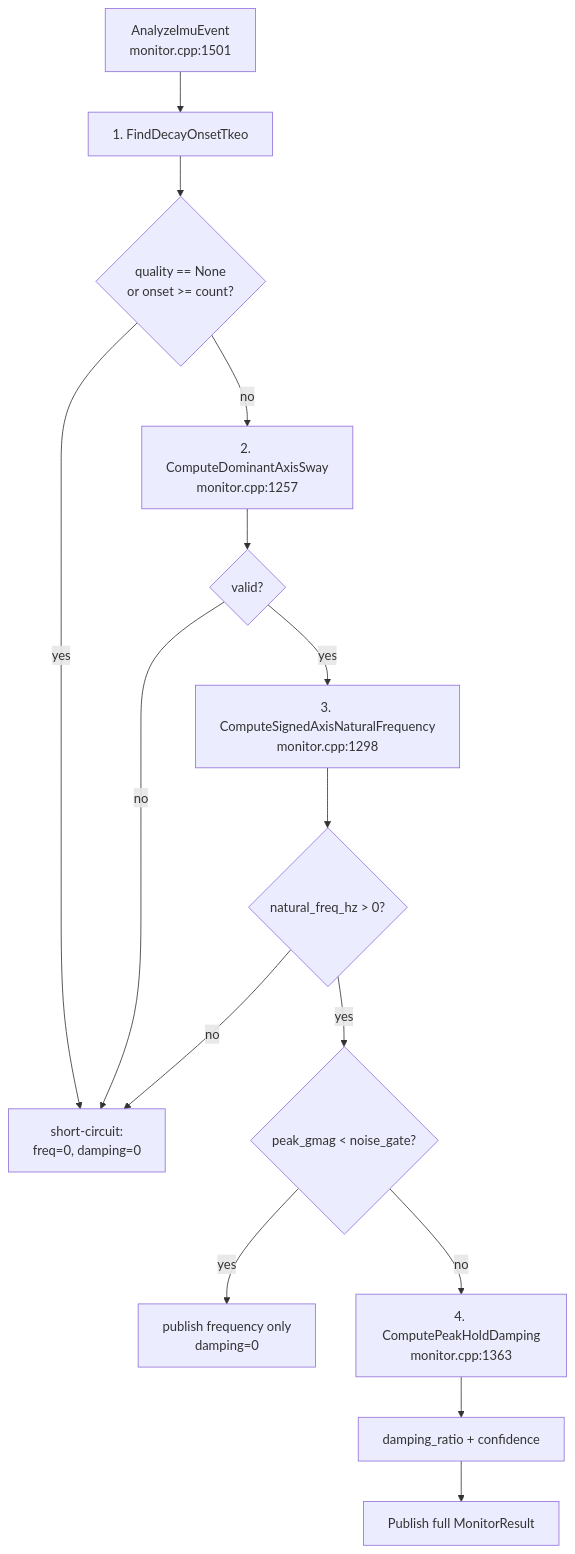
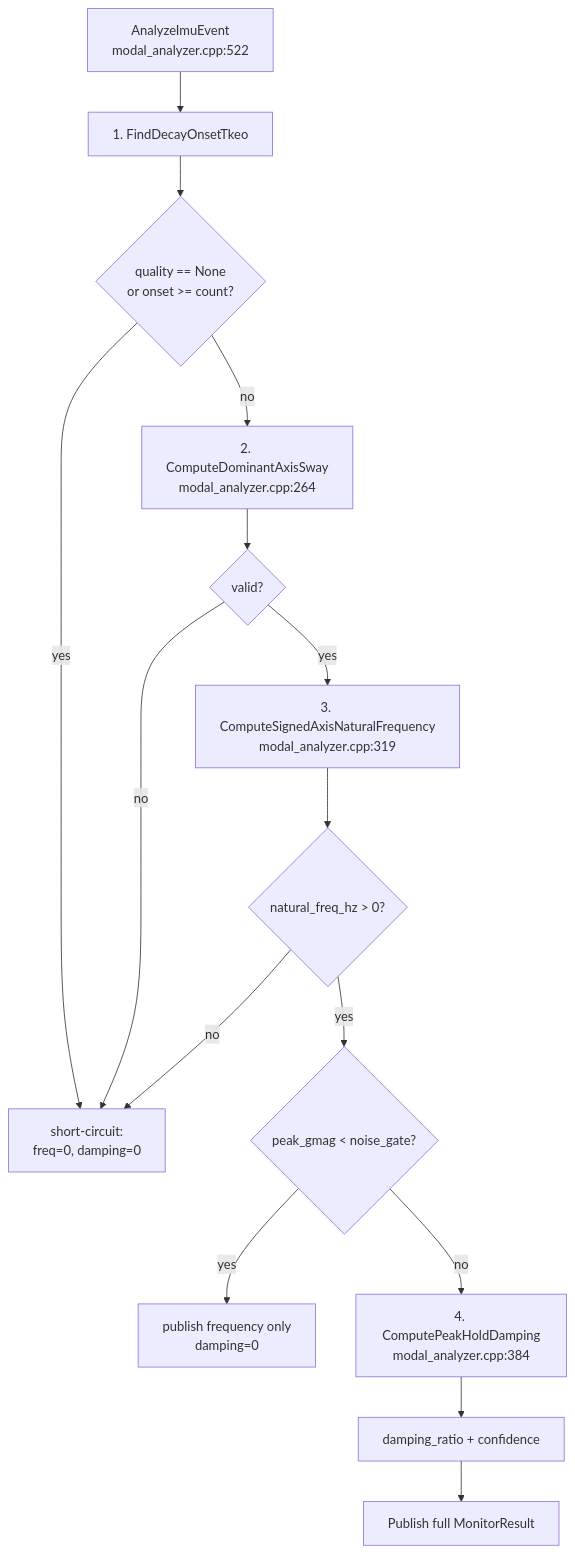
One commit to AvlKP/ranting-jatuh-node changed the fifth of 5 diagrams in ARCHITECTURE.md. Above: the diagram before and after it, drawn with Mermaid. The commit also changed other lines of this file and 1 other file, not shown here.

Commit message:
docs: re-sync line numbers and file refs after monitor structural split

````diff
--- a/ARCHITECTURE.md
+++ b/ARCHITECTURE.md
@@ -215,17 +221,17 @@
 ```mermaid
 flowchart TD
-    A[AnalyzeImuEvent<br/>monitor.cpp:1501] --> B[1. FindDecayOnsetTkeo]
+    A[AnalyzeImuEvent<br/>modal_analyzer.cpp:522] --> B[1. FindDecayOnsetTkeo]
     B --> C{"quality == None<br/>or onset >= count?"}
     C -->|yes| ZERO[short-circuit:<br/>freq=0, damping=0]
-    C -->|no| D[2. ComputeDominantAxisSway<br/>monitor.cpp:1257]
+    C -->|no| D[2. ComputeDominantAxisSway<br/>modal_analyzer.cpp:264]
     D --> E{"valid?"}
     E -->|no| ZERO
-    E -->|yes| F[3. ComputeSignedAxisNaturalFrequency<br/>monitor.cpp:1298]
+    E -->|yes| F[3. ComputeSignedAxisNaturalFrequency<br/>modal_analyzer.cpp:319]
     F --> G{"natural_freq_hz > 0?"}
     G -->|no| ZERO
     G -->|yes| H{"peak_gmag < noise_gate?"}
     H -->|yes| FREQ_ONLY[publish frequency only<br/>damping=0]
-    H -->|no| I[4. ComputePeakHoldDamping<br/>monitor.cpp:1363]
+    H -->|no| I[4. ComputePeakHoldDamping<br/>modal_analyzer.cpp:384]
     I --> J[damping_ratio + confidence]
     J --> K[Publish full MonitorResult]
 ```
````
